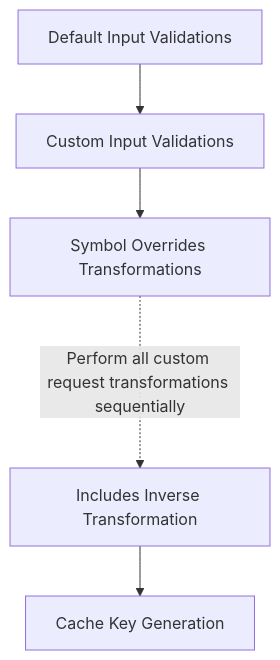
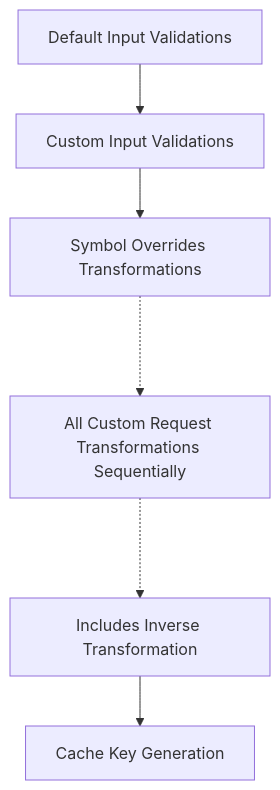
Before and after one commit to smartcontractkit/ea-framework-js: the diagram in docs/v3-ea-components/adapter.md, drawn with Mermaid.

Commit message:
Updated diagram format

````diff
--- a/docs/v3-ea-components/adapter.md
+++ b/docs/v3-ea-components/adapter.md
@@ -148,4 +148,4 @@
 ```mermaid
 flowchart TD
-  A[Default Input Validations] --> B[Custom Input Validations] --> C[Symbol Overrides Transformations] -..-> |Perform all custom request transformations sequentially| E[Includes Inverse Transformation] --> F[Cache Key Generation]
+  A[Default Input Validations] --> B[Custom Input Validations] --> C[Symbol Overrides Transformations] -..-> D[All Custom Request Transformations Sequentially] -..-> E[Includes Inverse Transformation] --> F[Cache Key Generation]
 ```
````
